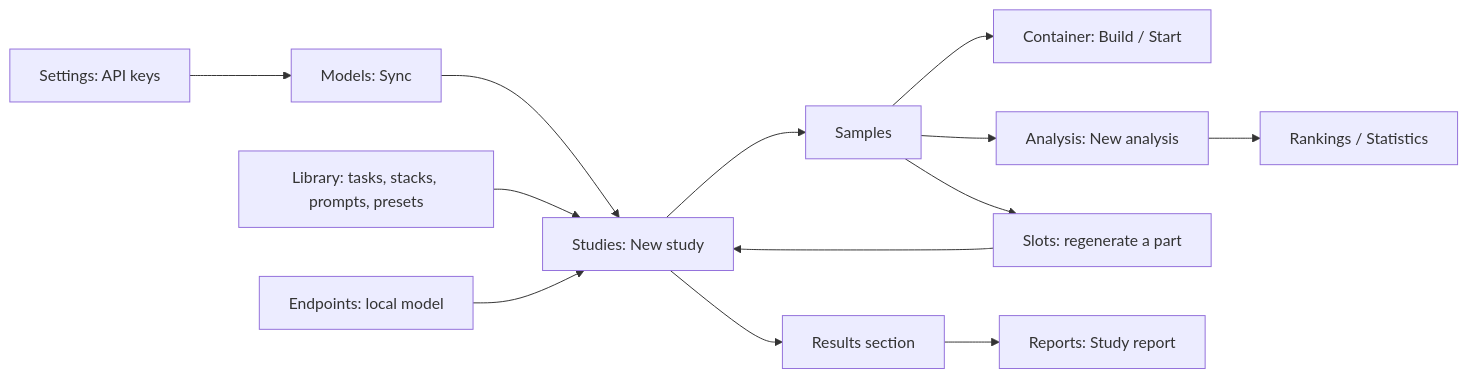
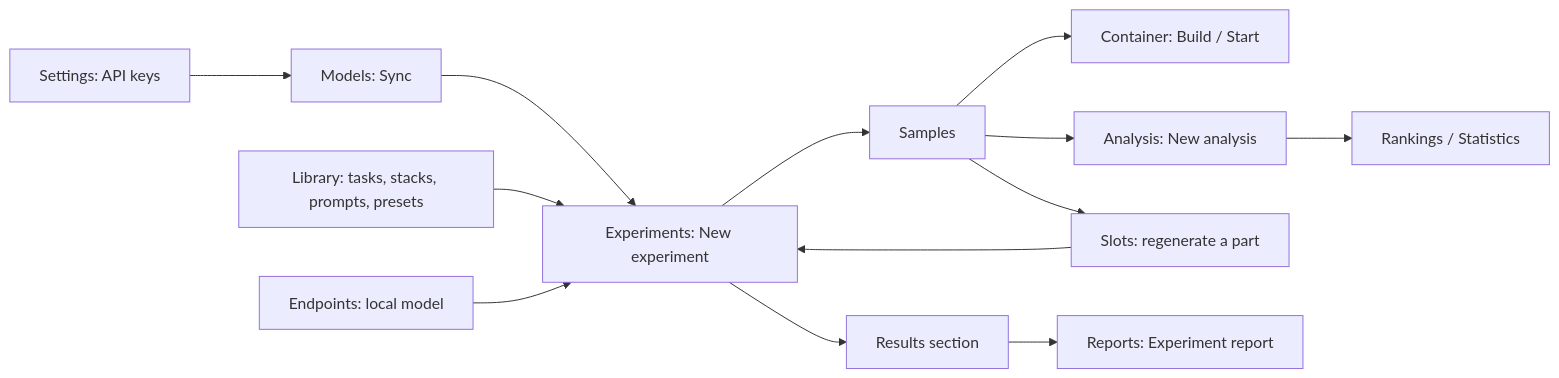
The diagram in docs/USER_GUIDE.md (GrabowMar/AutoLLM_Code_Analyzer_rework), drawn with Mermaid before and after one commit. The commit also changed other lines of this file and 136 other files, not shown here.

First line of the commit message:
feat: quick 'Generate app' page; rename studies to experiments in the UI; auto cap admits every block

````diff
--- a/docs/USER_GUIDE.md
+++ b/docs/USER_GUIDE.md
@@ -40,15 +42,15 @@
 ```mermaid
 flowchart LR
   K[Settings: API keys] --> M[Models: Sync]
-  M --> G[Studies: New study]
+  M --> G[Experiments: New experiment]
   L[Library: tasks, stacks, prompts, presets] --> G
   E[Endpoints: local model] --> G
   G --> A[Samples]
   A --> R[Container: Build / Start]
   A --> N[Analysis: New analysis]
   A --> SL[Slots: regenerate a part]
   SL --> G
   G --> RS[Results section]
   N --> I[Rankings / Statistics]
-  RS --> P[Reports: Study report]
+  RS --> P[Reports: Experiment report]
 ```
````
